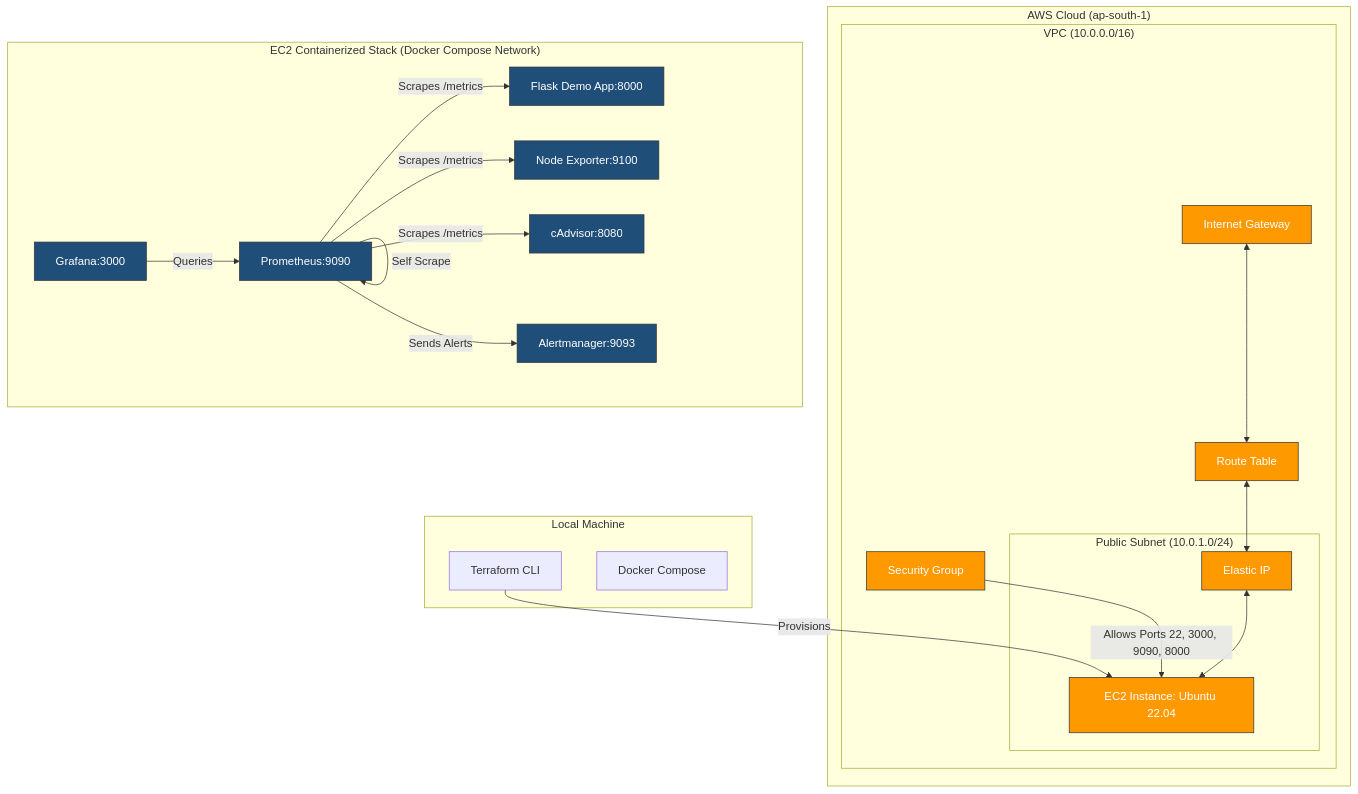
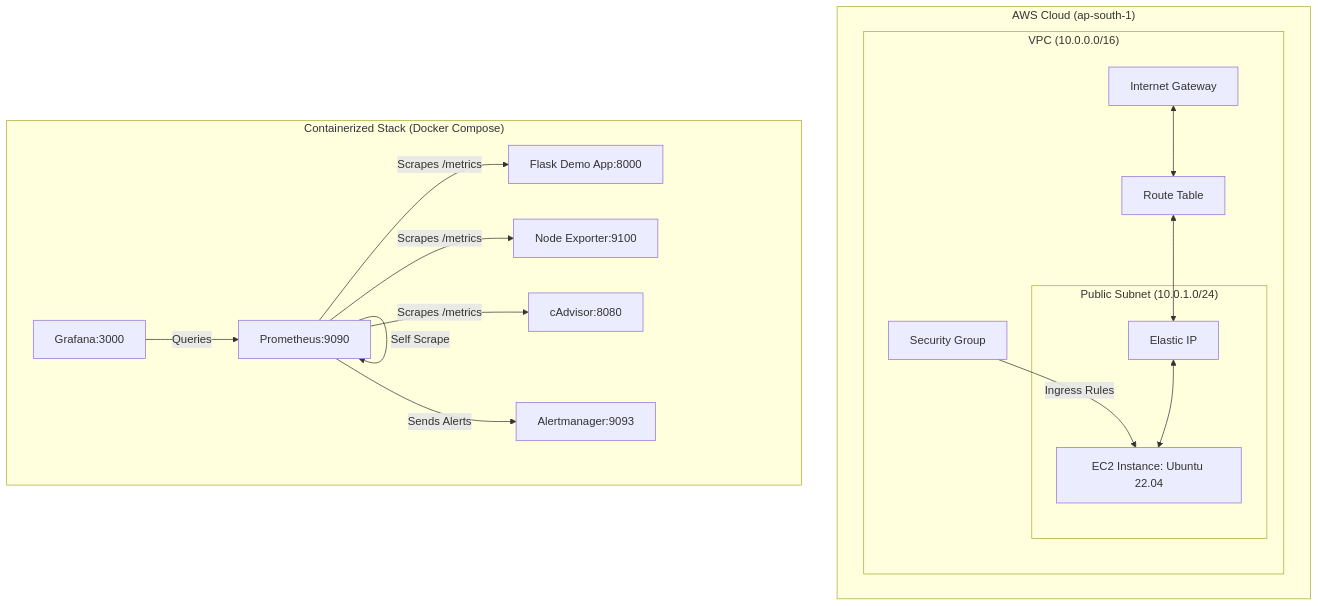
The diagram in README.md (yashbaviskar15/cloud-monitoring), drawn with Mermaid before and after one commit. The commit also changed other lines of this file, not shown here.

Commit message:
docs: update README with project architecture and specs without setup guide, localhost, or emojis

````diff
--- a/README.md
+++ b/README.md
@@ -17,52 +17,37 @@
 ```mermaid
 graph TD
-    subgraph "Local Machine"
-        TF[Terraform CLI]
-        DC[Docker Compose]
-    end
-
     subgraph "AWS Cloud (ap-south-1)"
         subgraph "VPC (10.0.0.0/16)"
             subgraph "Public Subnet (10.0.1.0/24)"
                 EIP[Elastic IP]
                 EC2[EC2 Instance: Ubuntu 22.04]
             end
             
             SG[Security Group]
             IGW[Internet Gateway]
             RT[Route Table]
         end
     end
 
-    subgraph "EC2 Containerized Stack (Docker Compose Network)"
+    subgraph "Containerized Stack (Docker Compose)"
         App[Flask Demo App:8000]
         NE[Node Exporter:9100]
         CAD[cAdvisor:8080]
         Prom[Prometheus:9090]
         AM[Alertmanager:9093]
         Graf[Grafana:3000]
         
-        %% Scrape Connections
         Prom -->|Scrapes /metrics| App
         Prom -->|Scrapes /metrics| NE
         Prom -->|Scrapes /metrics| CAD
         Prom -->|Self Scrape| Prom
         
-        %% Alert Connections
         Prom -->|Sends Alerts| AM
         
-        %% Visualization
         Graf -->|Queries| Prom
     end
 
-    %% Network flows
-    TF -->|Provisions| EC2
-    SG -->|Allows Ports 22, 3000, 9090, 8000| EC2
+    SG -->|Ingress Rules| EC2
     IGW <--> RT <--> EIP
     EIP <--> EC2
-    
-    classDef aws fill:#FF9900,stroke:#333,stroke-width:1px,color:#fff;
-    classDef monitor fill:#1F4E79,stroke:#333,stroke-width:1px,color:#fff;
-    class EC2,EIP,SG,IGW,RT aws;
-    class App,NE,CAD,Prom,AM,Graf monitor;
 ```
````
